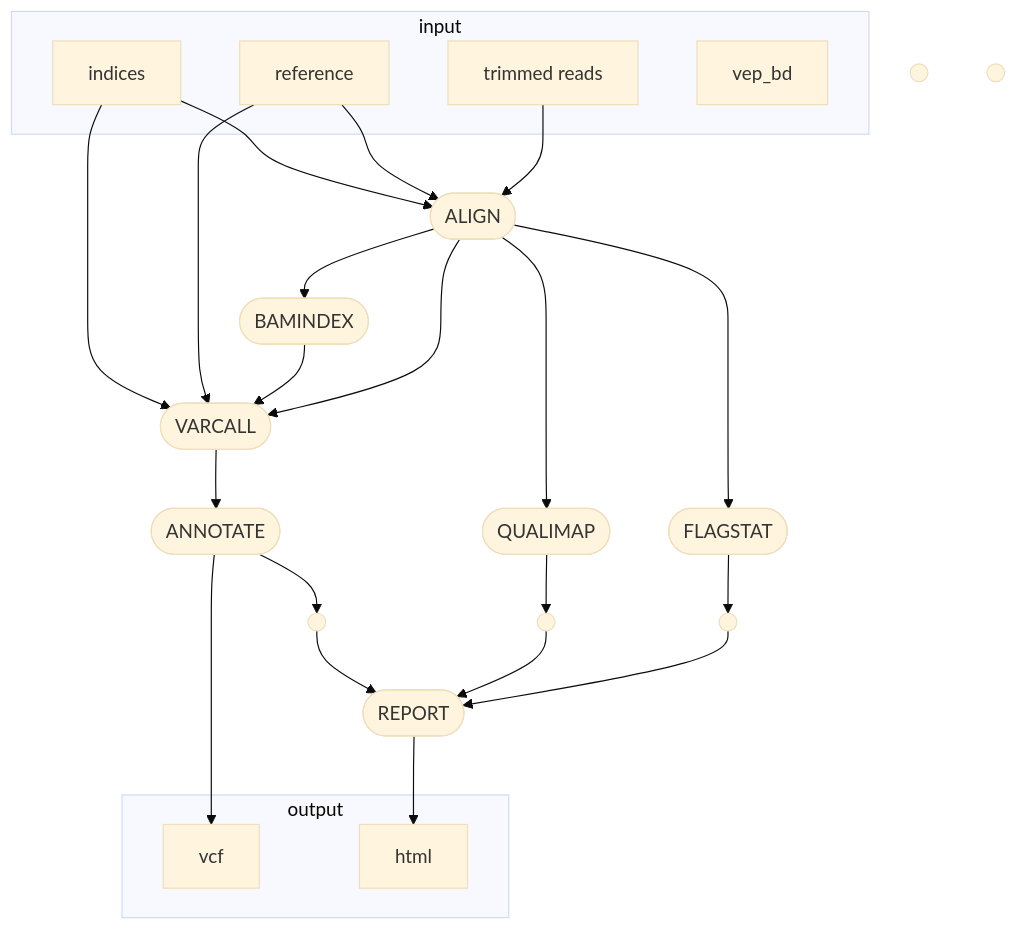
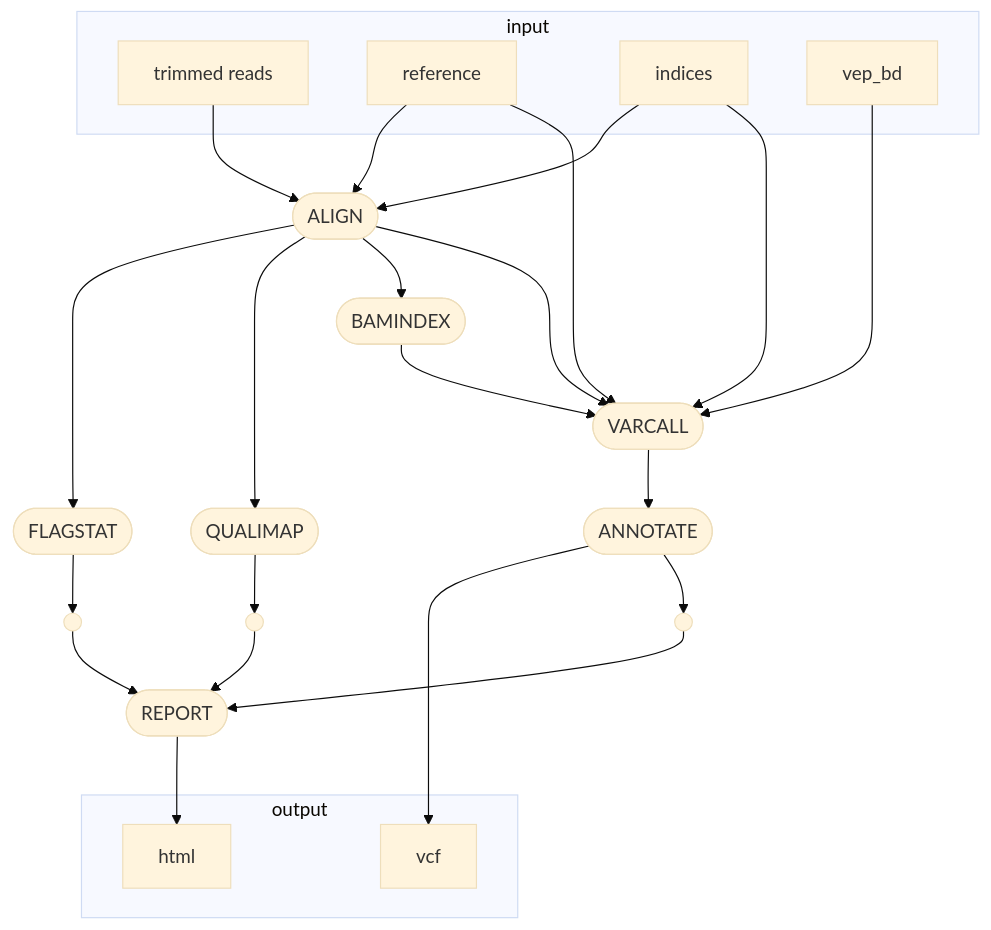
Before and after one commit to glebus-sasha/octopus_nf: the diagram in README.md, drawn with Mermaid.

````diff
--- a/README.md
+++ b/README.md
@@ -5,46 +5,44 @@
 ```mermaid
 %%{init: {'theme':'base'}}%%
 flowchart TB
     subgraph "input"
     v0["trimmed reads"]
     v1["reference"]
     v30["indices"]
     v31["vep_bd"]
     end
     subgraph "output"
     v18["vcf"]
     v25["html"]
     end
     v8([ALIGN])
     v9([FLAGSTAT])
     v10([QUALIMAP])
     v13([BAMINDEX])
     v14([VARCALL])
     v17([ANNOTATE])
     v24([REPORT])
-    v19(( ))
-    v20(( ))
     v21(( ))
     v22(( ))
     v23(( ))
     v0 --> v8
     v1 --> v8
     v30 --> v8
     v8 --> v9
     v8 --> v10
     v8 --> v13
     v8 --> v14
     v9 --> v21
     v10 --> v22
     v13 --> v14
     v1 --> v14
     v14 --> v17
     v17 --> v18
     v17 --> v23
-
+    v31 --> v14
     v30 --> v14
     v21 --> v24
     v22 --> v24
     v23 --> v24
     v24 --> v25
 ```
````
